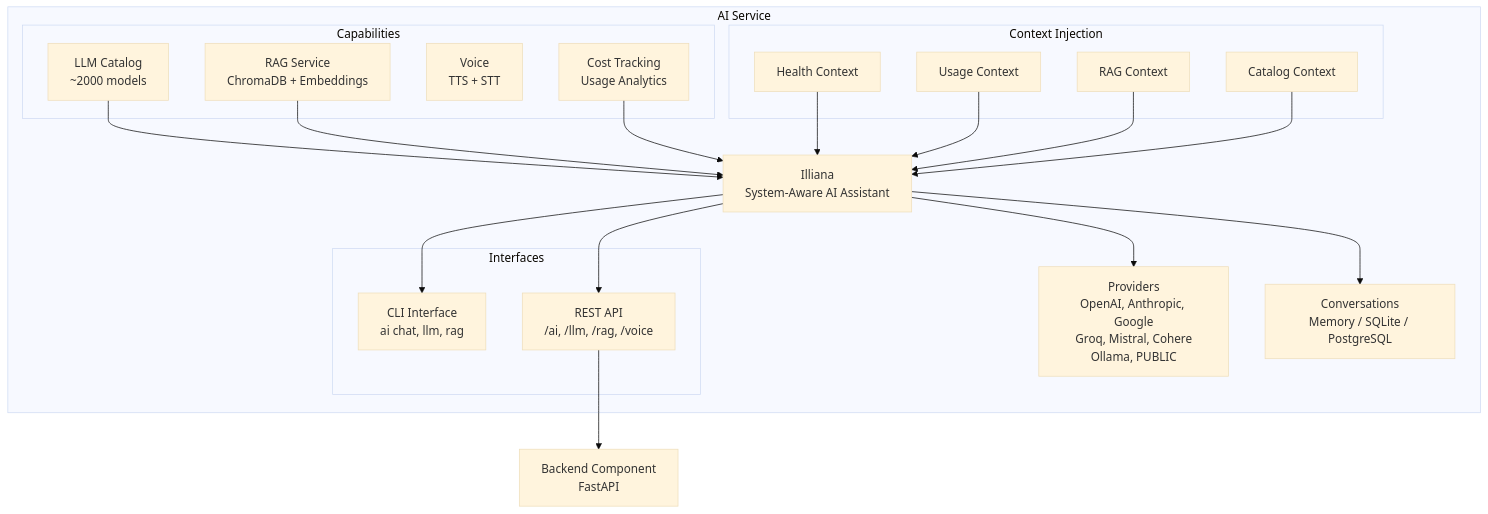
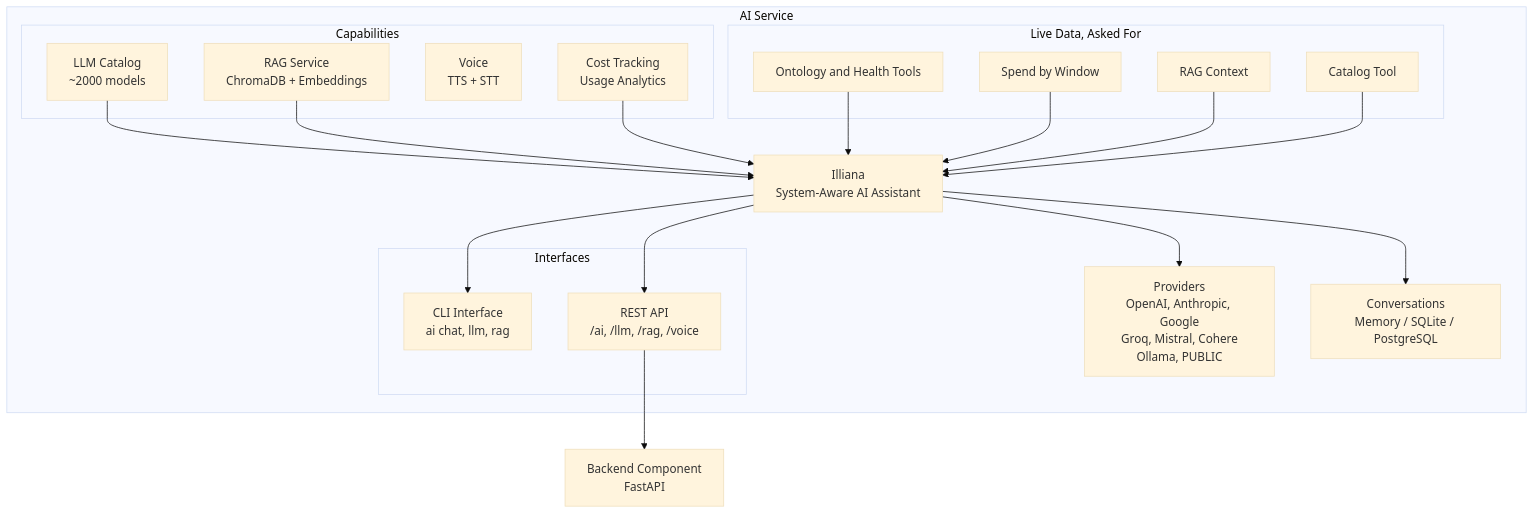
Before and after one commit to lbedner/aegis-stack: the diagram in docs/services/ai/illiana.md, drawn with Mermaid (base theme). The commit also changed other lines of this file and 68 other files, not shown here.

````diff
--- a/docs/services/ai/illiana.md
+++ b/docs/services/ai/illiana.md
@@ -20,44 +22,44 @@
 ```mermaid
 graph TB
     subgraph "AI Service"
         Illiana["Illiana<br/>System-Aware AI Assistant"]
 
         subgraph "Interfaces"
             CLI["CLI Interface<br/>ai chat, llm, rag"]
             API["REST API<br/>/ai, /llm, /rag, /voice"]
         end
 
         subgraph "Capabilities"
             Catalog["LLM Catalog<br/>~2000 models"]
             RAG["RAG Service<br/>ChromaDB + Embeddings"]
             Voice["Voice<br/>TTS + STT"]
             Usage["Cost Tracking<br/>Usage Analytics"]
         end
 
-        subgraph "Context Injection"
-            Health[Health Context]
-            UsageCtx[Usage Context]
+        subgraph "Live Data, Asked For"
+            Health[Ontology and Health Tools]
+            UsageCtx[Spend by Window]
             RAGCtx[RAG Context]
-            CatalogCtx[Catalog Context]
+            CatalogCtx[Catalog Tool]
         end
 
         Providers["Providers<br/>OpenAI, Anthropic, Google<br/>Groq, Mistral, Cohere<br/>Ollama, PUBLIC"]
         Conv["Conversations<br/>Memory / SQLite / PostgreSQL"]
     end
 
     Backend["Backend Component<br/>FastAPI"]
 
     Illiana --> CLI
     Illiana --> API
     Illiana --> Providers
     Illiana --> Conv
     Catalog --> Illiana
     RAG --> Illiana
     Usage --> Illiana
     Health --> Illiana
     UsageCtx --> Illiana
     RAGCtx --> Illiana
     CatalogCtx --> Illiana
     API --> Backend
 
 ```
````
